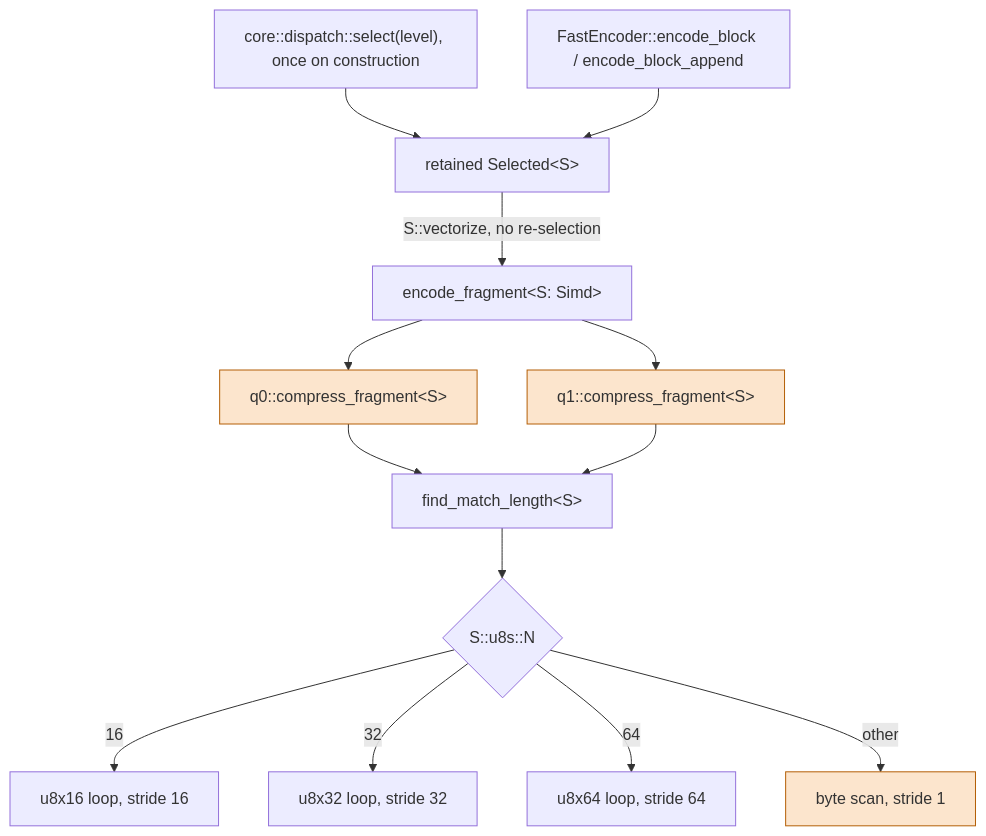
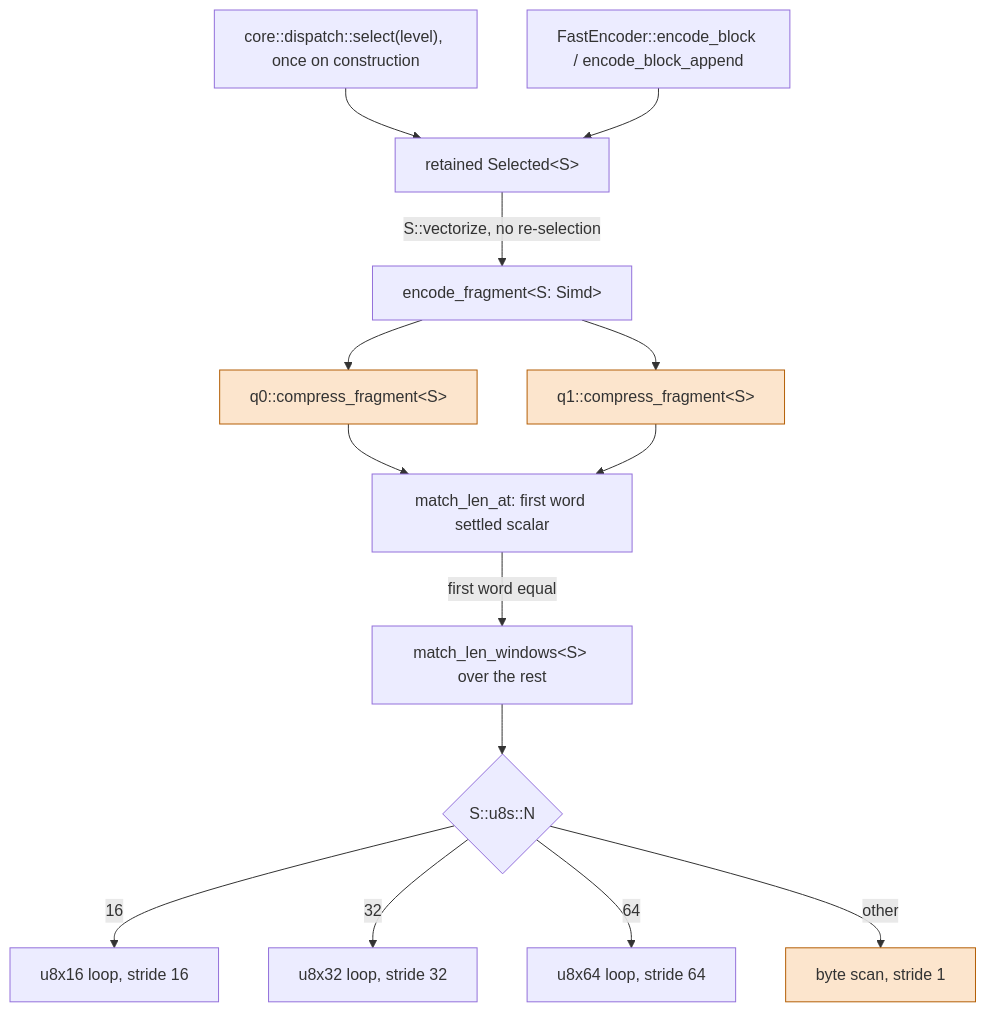
One commit to Mnwa/mbrotli changed the ninth of 10 diagrams in architecture/fast-encoder.md. Above: the diagram before and after it, drawn with Mermaid. The commit also changed other lines of this file and 22 other files, not shown here.

````diff
--- a/architecture/fast-encoder.md
+++ b/architecture/fast-encoder.md
@@ -305,18 +327,19 @@
 ```mermaid
 graph TD
     select["core::dispatch::select(level), once on construction"] --> kernel["retained Selected&lt;S&gt;"]
     A["FastEncoder::encode_block / encode_block_append"] --> kernel
     kernel -->|"S::vectorize, no re-selection"| B["encode_fragment&lt;S: Simd&gt;"]
     B --> C["q0::compress_fragment&lt;S&gt;"]
     B --> D["q1::compress_fragment&lt;S&gt;"]
-    C --> E["find_match_length&lt;S&gt;"]
-    D --> E
+    C --> E0["match_len_at: first word settled scalar"]
+    D --> E0
+    E0 -->|"first word equal"| E["match_len_windows&lt;S&gt; over the rest"]
     E --> F{"S::u8s::N"}
     F -->|16| G["u8x16 loop, stride 16"]
     F -->|32| H["u8x32 loop, stride 32"]
     F -->|64| I["u8x64 loop, stride 64"]
     F -->|other| J["byte scan, stride 1"]
 
     classDef scalar fill:#fce5cd,stroke:#b45f06;
     class C,D,J scalar;
 ```
````
